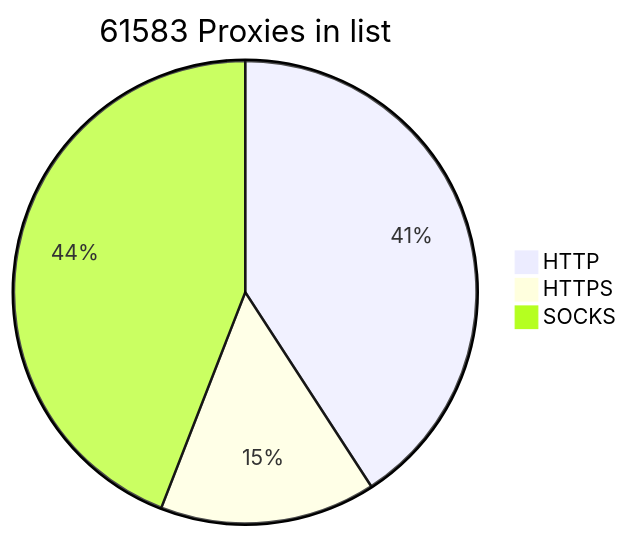
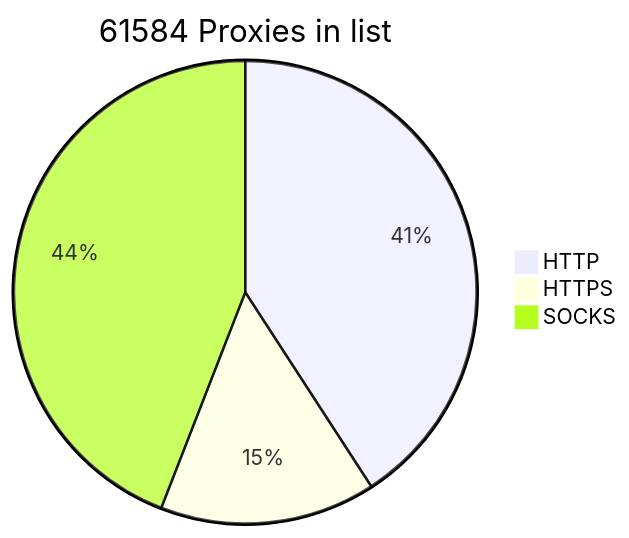
One commit to BlackSnowDot/proxylist-update-every-minute changed the diagram in README.md. Above: the diagram before and after it, drawn with Mermaid. The commit also changed other lines of this file, not shown here.

````diff
--- a/README.md
+++ b/README.md
@@ -2,6 +2,6 @@
 ```mermaid
-pie title 61583 Proxies in list
+pie title 61584 Proxies in list
     "HTTP" : 28540
     "HTTPS": 10535
-    "SOCKS" : 30812
+    "SOCKS" : 30813
 ```
````
